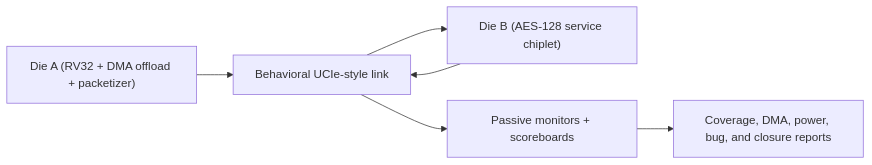
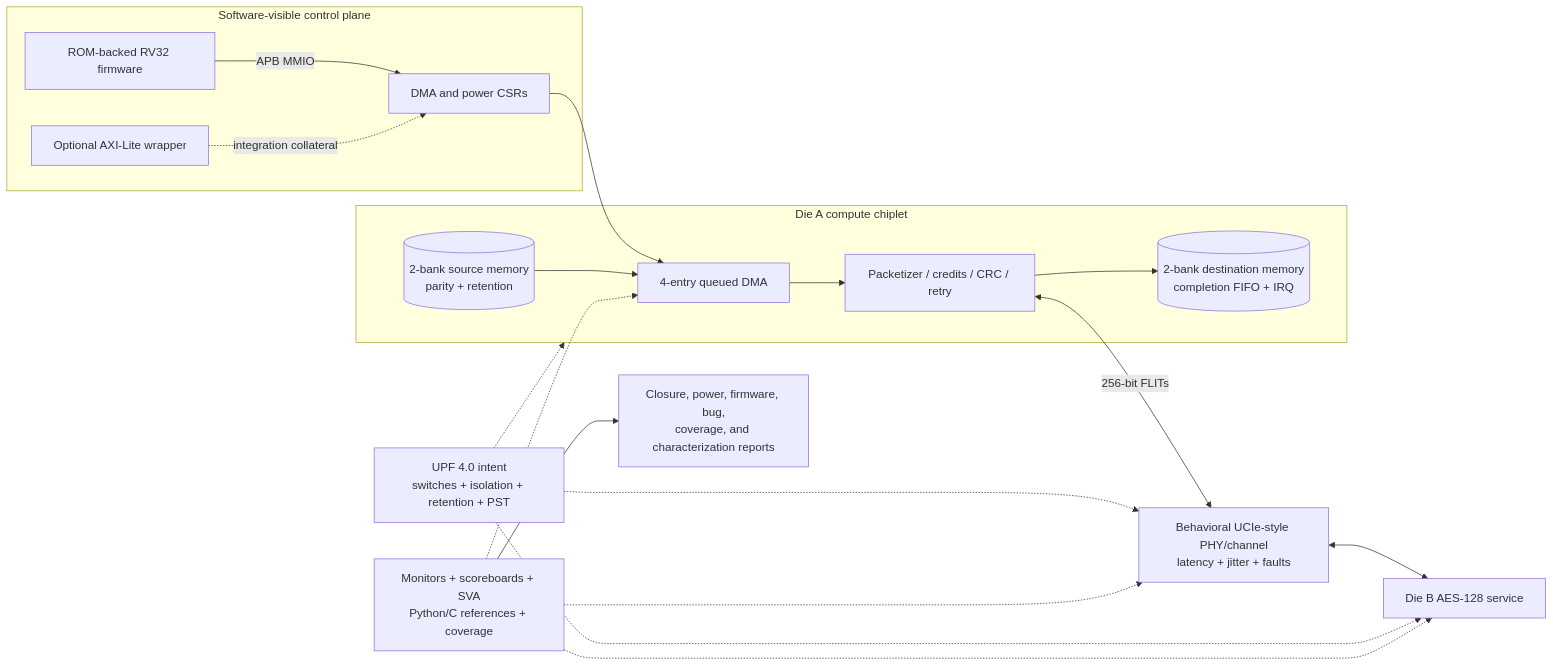
One commit to ed766/ucie_chiplet_soc changed the diagram in README.md. Above: the diagram before and after it, drawn with Mermaid. The commit also changed other lines of this file and 108 other files, not shown here.

````diff
--- a/README.md
+++ b/README.md
@@ -23,8 +71,22 @@
 ```mermaid
 flowchart LR
-    A["Die A (RV32 + DMA offload + packetizer)"] --> B["Behavioral UCIe-style link"]
-    B --> C["Die B (AES-128 service chiplet)"]
-    C --> B
-    B --> D["Passive monitors + scoreboards"]
-    D --> E["Coverage, DMA, power, bug, and closure reports"]
+    subgraph CTRL["Software-visible control plane"]
+        ROM["ROM-backed RV32 firmware"] -->|"APB MMIO"| CSR["DMA and power CSRs"]
+        AXI["Optional AXI-Lite wrapper"] -.->|"integration collateral"| CSR
+    end
+    subgraph A["Die A compute chiplet"]
+        CSR --> DMA["4-entry queued DMA"]
+        SRC[("2-bank source memory\nparity + retention")] --> DMA
+        DMA --> PKT["Packetizer / credits / CRC / retry"]
+        PKT --> DST[("2-bank destination memory\ncompletion FIFO + IRQ")]
+    end
+    PKT <-->|"256-bit FLITs"| LINK["Behavioral UCIe-style PHY/channel\nlatency + jitter + faults"]
+    LINK <--> AES["Die B AES-128 service"]
+    PWR["UPF 4.0 intent\nswitches + isolation + retention + PST"] -.-> A
+    PWR -.-> LINK
+    PWR -.-> AES
+    MON["Monitors + scoreboards + SVA\nPython/C references + coverage"] -.-> DMA
+    MON -.-> LINK
+    MON -.-> AES
+    MON --> RPT["Closure, power, firmware, bug,\ncoverage, and characterization reports"]
 ```
````
